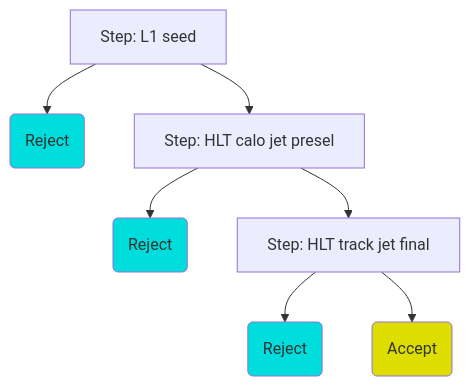
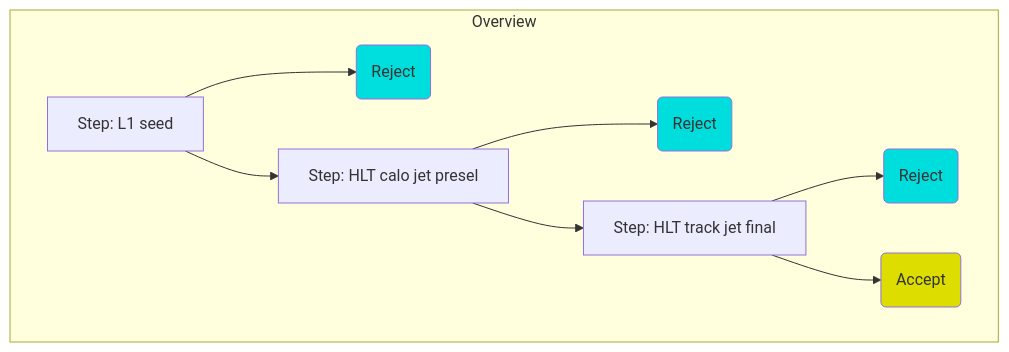
The first of 4 diagrams in Trigger/TriggerCommon/TriggerMenuMT/python/HLTMenuConfig/Jet/README.md (rolandjansky/athena), drawn with Mermaid before and after one commit. The commit also changed other lines of this file, not shown here.

Commit message:
Detailed formatting of flowcharts

````diff
--- a/Trigger/TriggerCommon/TriggerMenuMT/python/HLTMenuConfig/Jet/README.md
+++ b/Trigger/TriggerCommon/TriggerMenuMT/python/HLTMenuConfig/Jet/README.md
@@ -7,13 +7,15 @@
 ```mermaid
 graph TD;
 
+  subgraph Overview
   L1[Step: L1 seed] --> R1(Reject):::reject
   L1 --> HLT1;
   HLT1[Step: HLT calo jet presel] --> R2(Reject):::reject;
   HLT1 --> HLT2;
   HLT2[Step: HLT track jet final] --> R3(Reject):::reject;
   HLT2 --> A(Accept):::accept;
+  end
 
   classDef reject fill:#0dd;
   classDef accept fill:#dd0;
 ```
````
